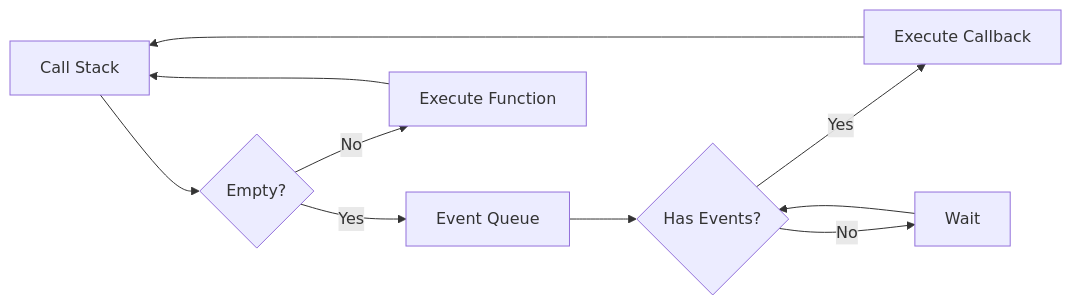
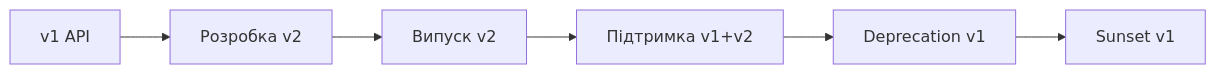
Before and after one commit to olroi421/course-web: the seventh of 8 diagrams in presentations/presentation-03.md, drawn with Mermaid. The commit also changed other lines of this file and 10 other files, not shown here.

````diff
--- a/presentations/presentation-03.md
+++ b/presentations/presentation-03.md
@@ -76,12 +471,8 @@
 ```mermaid
 graph LR
-    A[Call Stack] --> B{Empty?}
-    B -->|Yes| C[Event Queue]
-    C --> D{Has Events?}
-    D -->|Yes| E[Execute Callback]
-    E --> A
-    D -->|No| F[Wait]
-    F --> D
-    B -->|No| G[Execute Function]
-    G --> A
+    A[v1 API] --> B[Розробка v2]
+    B --> C[Випуск v2]
+    C --> D[Підтримка v1+v2]
+    D --> E[Deprecation v1]
+    E --> F[Sunset v1]
 ```
````
